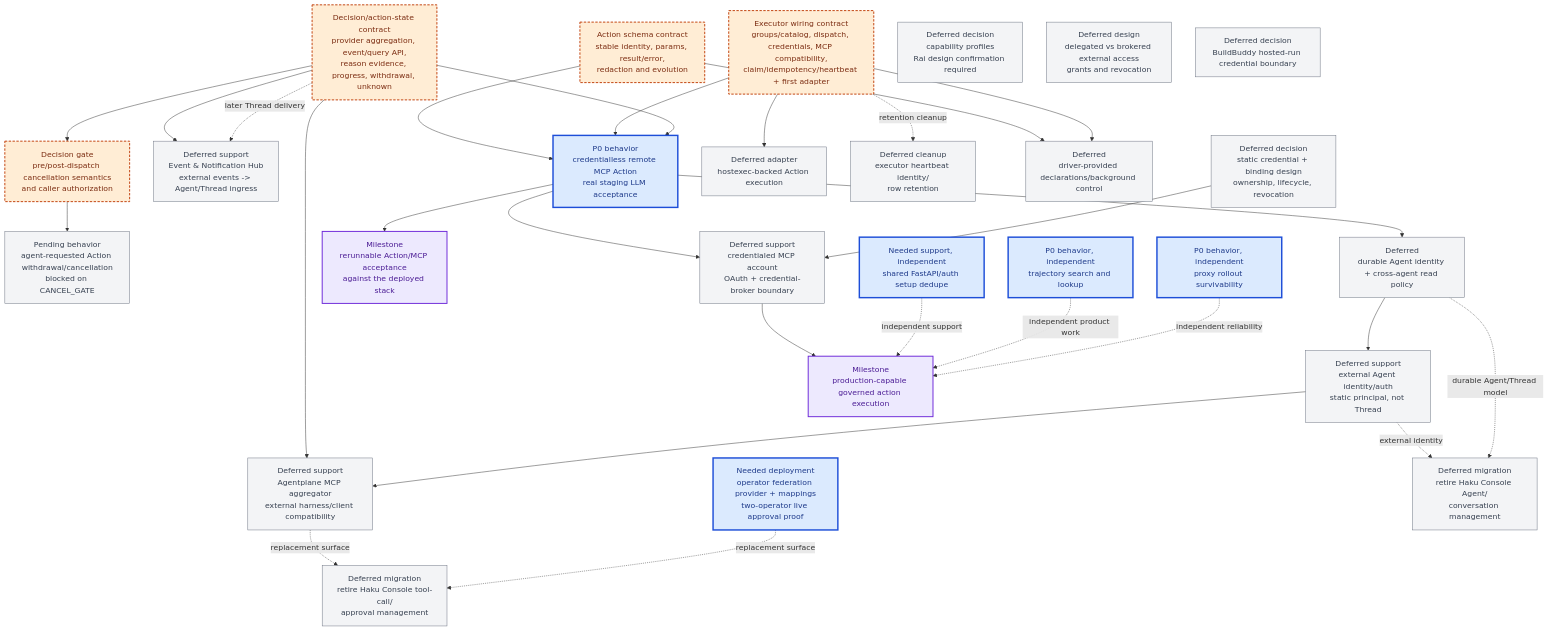
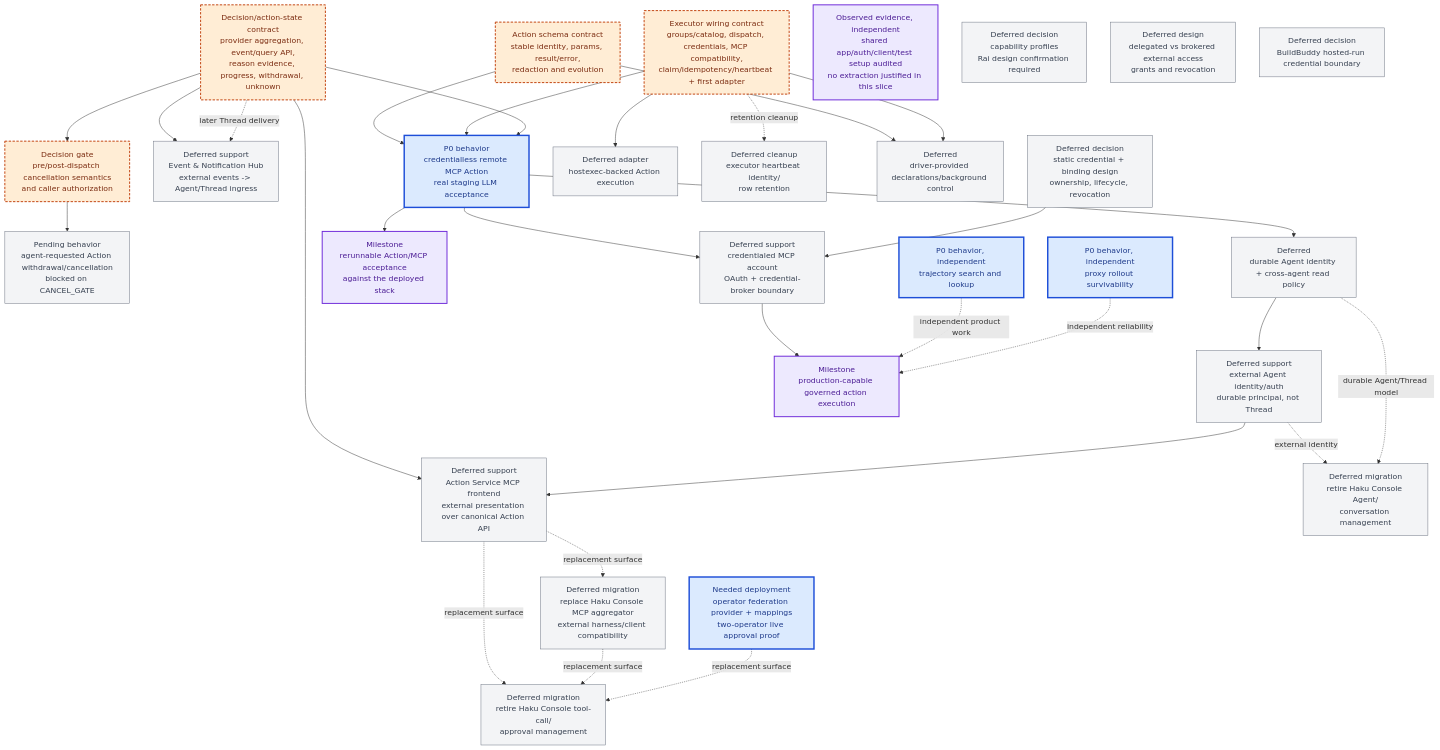
The diagram in x/agentplane/plans/task_dag.md (agentydragon-agent/ducktape), drawn with Mermaid before and after one commit. The commit also changed other lines of this file and 1 other file, not shown here.

Commit message:
docs(agentplane): define MCP frontend track and audit shared setup

````diff
--- a/x/agentplane/plans/task_dag.md
+++ b/x/agentplane/plans/task_dag.md
@@ -76,64 +76,66 @@
 ```mermaid
 flowchart TB
     classDef active fill:#dbeafe,stroke:#1d4ed8,color:#1e3a8a,stroke-width:3px
     classDef decision fill:#ffedd5,stroke:#c2410c,color:#7c2d12,stroke-width:2px,stroke-dasharray:5 3
     classDef future fill:#f3f4f6,stroke:#6b7280,color:#374151
     classDef milestone fill:#ede9fe,stroke:#6d28d9,color:#4c1d95,stroke-width:2px
 
     AS["Action schema contract<br/>stable identity, params, result/error,<br/>redaction and evolution"]:::decision
     EW["Executor wiring contract<br/>groups/catalog, dispatch, credentials, MCP compatibility,<br/>claim/idempotency/heartbeat + first adapter"]:::decision
     DEL["Decision/action-state contract<br/>provider aggregation, event/query API,<br/>reason evidence, progress, withdrawal, unknown"]:::decision
     CANCEL_GATE["Decision gate<br/>pre/post-dispatch cancellation semantics<br/>and caller authorization"]:::decision
     CANCEL["Pending behavior<br/>agent-requested Action withdrawal/cancellation<br/>blocked on CANCEL_GATE"]:::future
     CANCEL_GATE --> CANCEL
     DEL --> CANCEL_GATE
     DEL --> ING
     MCP0["P0 behavior<br/>credentialless remote MCP Action<br/>real staging LLM acceptance"]:::active
     MCPAUTH["Deferred support<br/>credentialed MCP account<br/>OAuth + credential-broker boundary"]:::future
     CRED["Deferred decision<br/>static credential + binding design<br/>ownership, lifecycle, revocation"]:::future
     MCPACCEPT["Milestone<br/>rerunnable Action/MCP acceptance<br/>against the deployed stack"]:::milestone
-    EID["Deferred support<br/>external Agent identity/auth<br/>static principal, not Thread"]:::future
-    MCPAGG["Deferred support<br/>Agentplane MCP aggregator<br/>external harness/client compatibility"]:::future
+    EID["Deferred support<br/>external Agent identity/auth<br/>durable principal, not Thread"]:::future
+    MCPFRONT["Deferred support<br/>Action Service MCP frontend<br/>external presentation over canonical Action API"]:::future
+    MCPAGG["Deferred migration<br/>replace Haku Console MCP aggregator<br/>external harness/client compatibility"]:::future
     HOSTEXEC["Deferred adapter<br/>hostexec-backed Action execution"]:::future
     APPROVALUI["Needed deployment<br/>operator federation provider + mappings<br/>two-operator live approval proof"]:::active
     RETIRE_AGENT["Deferred migration<br/>retire Haku Console Agent/<br/>conversation management"]:::future
     RETIRE_TOOLS["Deferred migration<br/>retire Haku Console tool-call/<br/>approval management"]:::future
-    DEDUPE["Needed support, independent<br/>shared FastAPI/auth setup dedupe"]:::active
+    DEDUPE["Observed evidence, independent<br/>shared app/auth/client/test setup audited<br/>no extraction justified in this slice"]:::milestone
     T3["P0 behavior, independent<br/>trajectory search and lookup"]:::active
     PR["P0 behavior, independent<br/>proxy rollout survivability"]:::active
     PROFILES["Deferred decision<br/>capability profiles<br/>Rai design confirmation required"]:::future
     ACCESS["Deferred design<br/>delegated vs brokered external access<br/>grants and revocation"]:::future
     LIVE_CLEAN["Deferred cleanup<br/>executor heartbeat identity/<br/>row retention"]:::future
 
     BB["Deferred decision<br/>BuildBuddy hosted-run credential boundary"]:::future
     ING["Deferred support<br/>Event & Notification Hub<br/>external events -> Agent/Thread ingress"]:::future
     DT["Deferred<br/>driver-provided declarations/background control"]:::future
     AG["Deferred<br/>durable Agent identity + cross-agent read policy"]:::future
     PROD["Milestone<br/>production-capable governed action execution"]:::milestone
 
     AS --> MCP0
     EW --> MCP0
     DEL --> MCP0
     MCP0 --> MCPACCEPT
     MCP0 --> MCPAUTH
     CRED --> MCPAUTH
     MCPAUTH --> PROD
     DEL -. later Thread delivery .-> ING
-    DEL --> MCPAGG
-    EID --> MCPAGG
+    DEL --> MCPFRONT
+    EID --> MCPFRONT
+    MCPFRONT -. replacement surface .-> MCPAGG
+    MCPFRONT -. replacement surface .-> RETIRE_TOOLS
     EW --> HOSTEXEC
     MCPAGG -. replacement surface .-> RETIRE_TOOLS
     APPROVALUI -. replacement surface .-> RETIRE_TOOLS
     EID -. external identity .-> RETIRE_AGENT
     AG -. durable Agent/Thread model .-> RETIRE_AGENT
 
-    DEDUPE -. independent support .-> PROD
     T3 -. independent product work .-> PROD
     PR -. independent reliability .-> PROD
 
     AS --> DT
     EW --> DT
     MCP0 --> AG
     AG --> EID
     EW -. retention cleanup .-> LIVE_CLEAN
 ```
````
